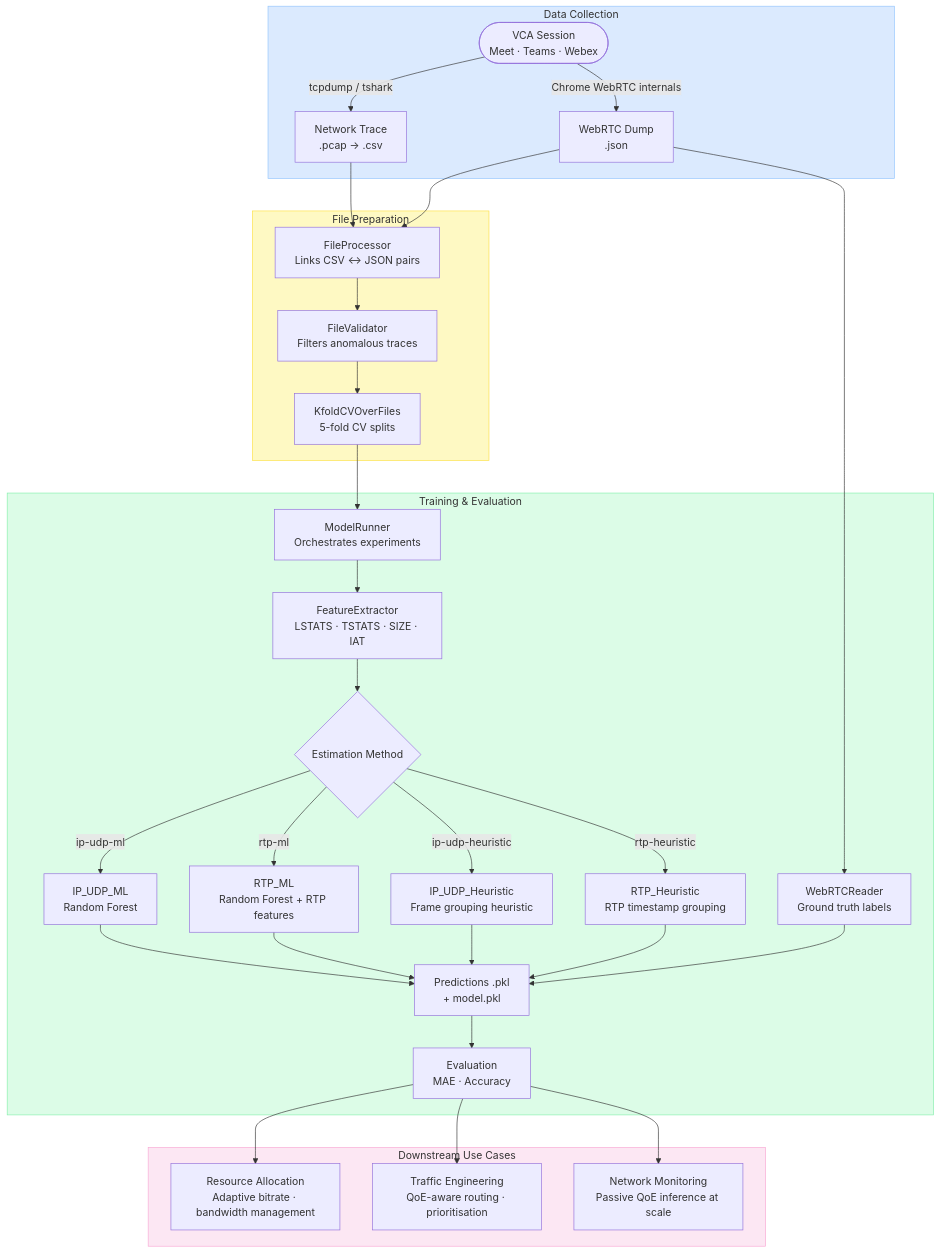
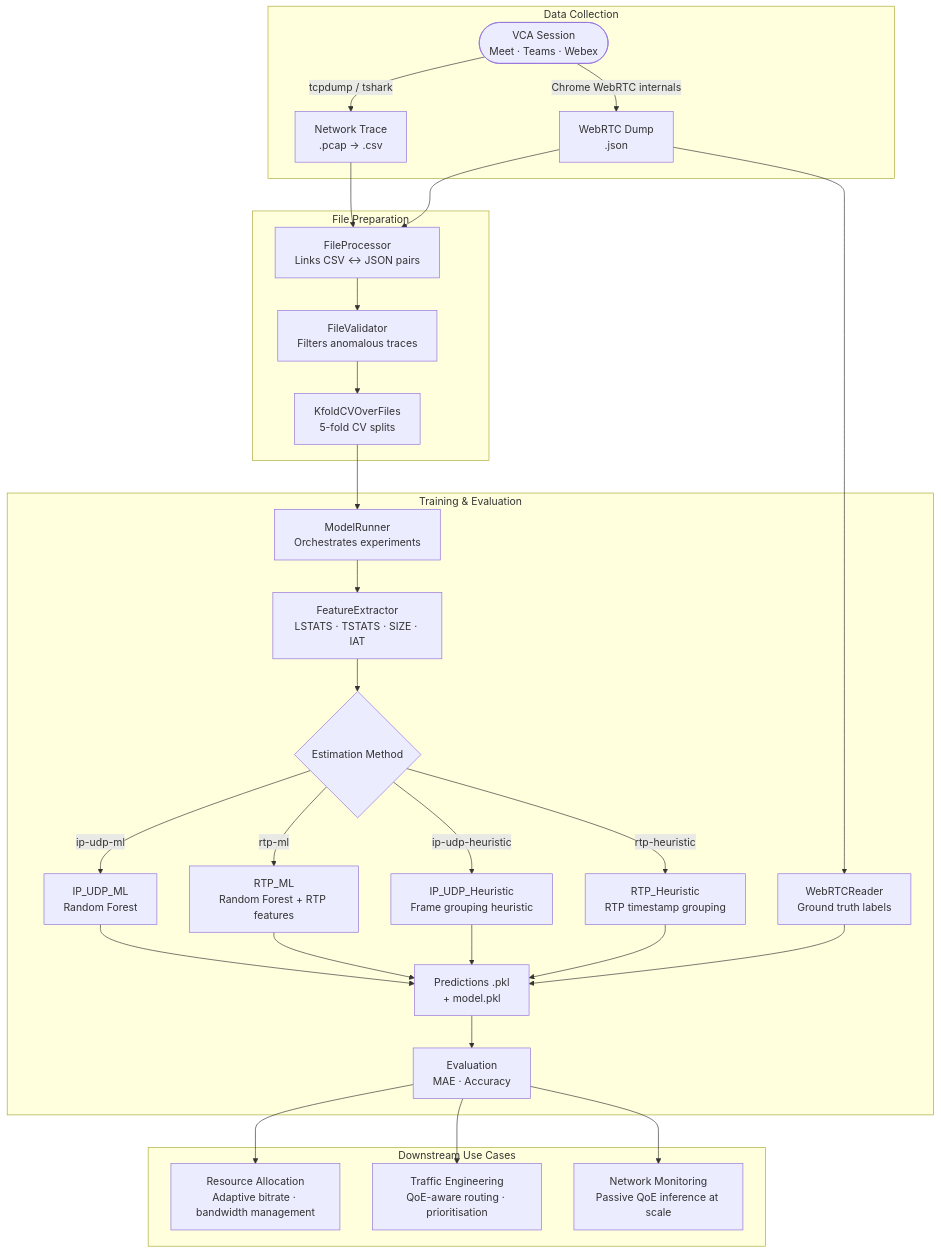
Before and after one commit to noise-lab/vcaml: the diagram in README.md, drawn with Mermaid.

Commit message:
Update architecture diagram

````diff
--- a/README.md
+++ b/README.md
@@ -8,39 +8,35 @@
 ```mermaid
 flowchart TD
     subgraph Collect["Data Collection"]
         A([VCA Session\nMeet · Teams · Webex]) -->|tcpdump / tshark| B[Network Trace\n.pcap → .csv]
         A -->|Chrome WebRTC internals| C[WebRTC Dump\n.json]
     end
 
     subgraph Prepare["File Preparation"]
         B --> D[FileProcessor\nLinks CSV ↔ JSON pairs]
         C --> D
         D --> E[FileValidator\nFilters anomalous traces]
         E --> F[KfoldCVOverFiles\n5-fold CV splits]
     end
 
     subgraph Train["Training & Evaluation"]
         F --> G[ModelRunner\nOrchestrates experiments]
         G --> H[FeatureExtractor\nLSTATS · TSTATS · SIZE · IAT]
         H --> I{Estimation Method}
         I -->|ip-udp-ml| J[IP_UDP_ML\nRandom Forest]
         I -->|rtp-ml| K[RTP_ML\nRandom Forest + RTP features]
         I -->|ip-udp-heuristic| L[IP_UDP_Heuristic\nFrame grouping heuristic]
         I -->|rtp-heuristic| M[RTP_Heuristic\nRTP timestamp grouping]
         C --> N[WebRTCReader\nGround truth labels]
         J & K & L & M --> O[Predictions .pkl\n+ model.pkl]
         N --> O
         O --> P[Evaluation\nMAE · Accuracy]
     end
 
     subgraph Downstream["Downstream Use Cases"]
         P --> Q[Resource Allocation\nAdaptive bitrate · bandwidth management]
         P --> R[Traffic Engineering\nQoE-aware routing · prioritisation]
         P --> S[Network Monitoring\nPassive QoE inference at scale]
     end
 
-    style Collect fill:#dbeafe,stroke:#93c5fd
-    style Prepare fill:#fef9c3,stroke:#fde047
-    style Train fill:#dcfce7,stroke:#86efac
-    style Downstream fill:#fce7f3,stroke:#f9a8d4
 ```
````
